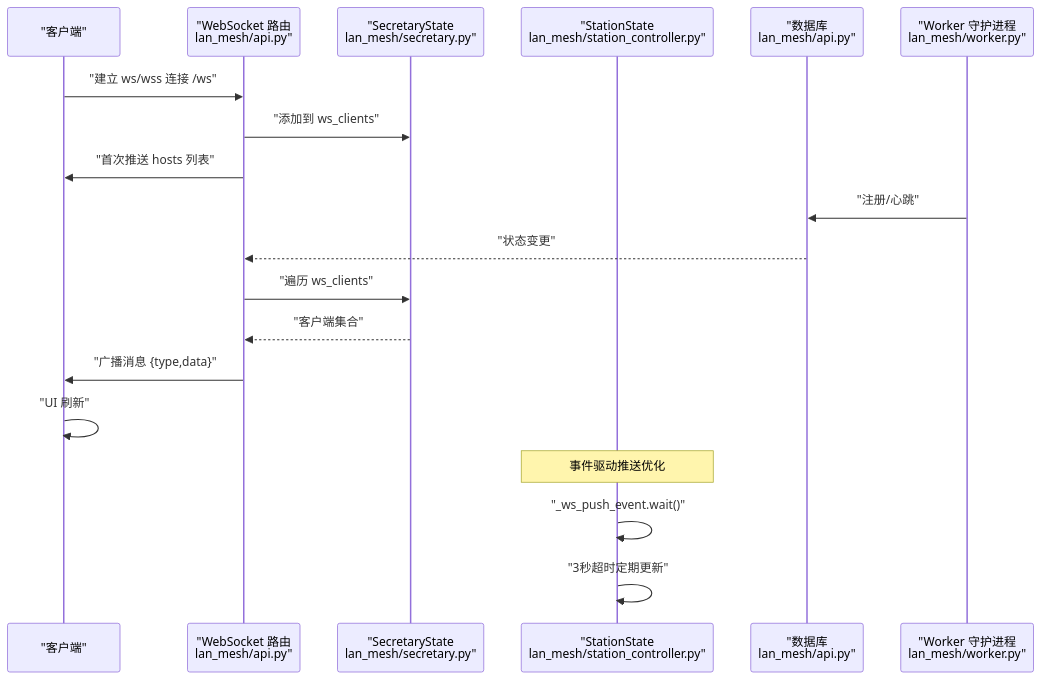
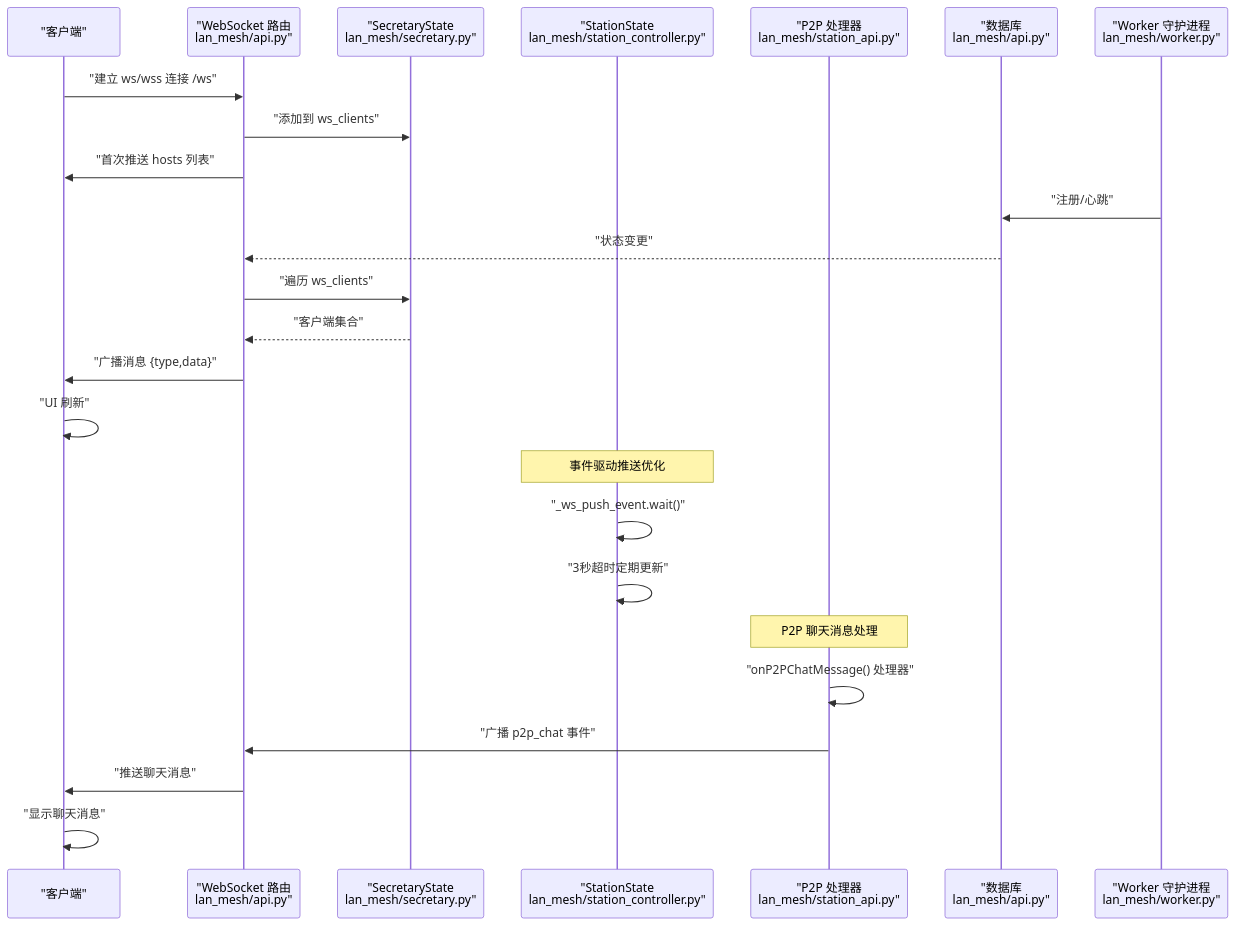
One commit to targalian/Personal-distributed-workstation changed the second of 4 diagrams in .qoder/repowiki/zh/content/WebSocket 实时通信.md. Above: the diagram before and after it, drawn with Mermaid. The commit also changed other lines of this file and 145 other files, not shown here.

````diff
--- a/.qoder/repowiki/zh/content/WebSocket 实时通信.md
+++ b/.qoder/repowiki/zh/content/WebSocket 实时通信.md
@@ -116,21 +125,27 @@
 ```mermaid
 sequenceDiagram
 participant Client as "客户端"
 participant WS as "WebSocket 路由<br/>lan_mesh/api.py"
 participant State as "SecretaryState<br/>lan_mesh/secretary.py"
 participant StationState as "StationState<br/>lan_mesh/station_controller.py"
+participant P2PHandler as "P2P 处理器<br/>lan_mesh/station_api.py"
 participant DB as "数据库<br/>lan_mesh/api.py"
 participant Worker as "Worker 守护进程<br/>lan_mesh/worker.py"
 Client->>WS : "建立 ws/wss 连接 /ws"
 WS->>State : "添加到 ws_clients"
 WS->>Client : "首次推送 hosts 列表"
 Worker->>DB : "注册/心跳"
 DB-->>WS : "状态变更"
 WS->>State : "遍历 ws_clients"
 State-->>WS : "客户端集合"
 WS->>Client : "广播消息 {type,data}"
 Client->>Client : "UI 刷新"
 Note over StationState : 事件驱动推送优化
 StationState->>StationState : "_ws_push_event.wait()"
 StationState->>StationState : "3秒超时定期更新"
+Note over P2PHandler : P2P 聊天消息处理
+P2PHandler->>P2PHandler : "onP2PChatMessage() 处理器"
+P2PHandler->>WS : "广播 p2p_chat 事件"
+WS->>Client : "推送聊天消息"
+Client->>Client : "显示聊天消息"
 ```
````
